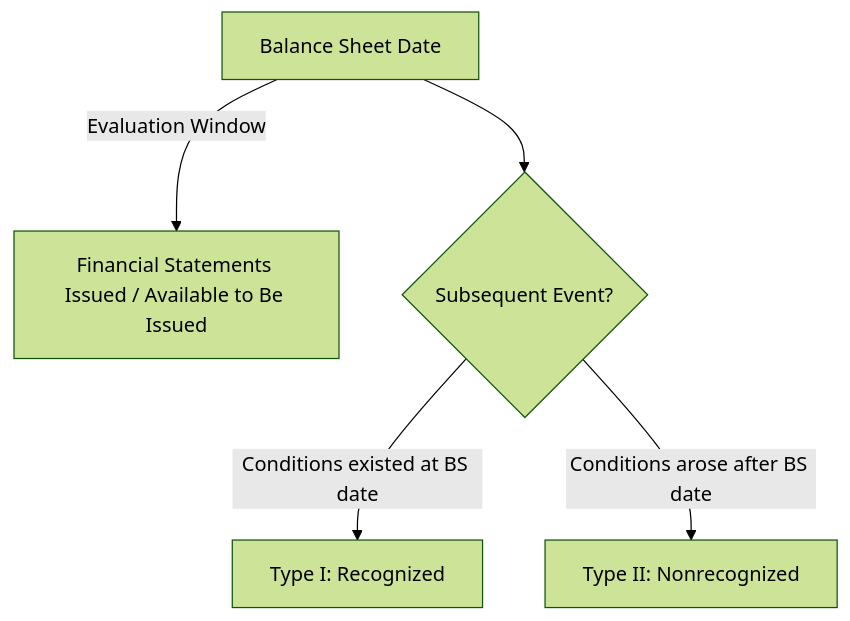
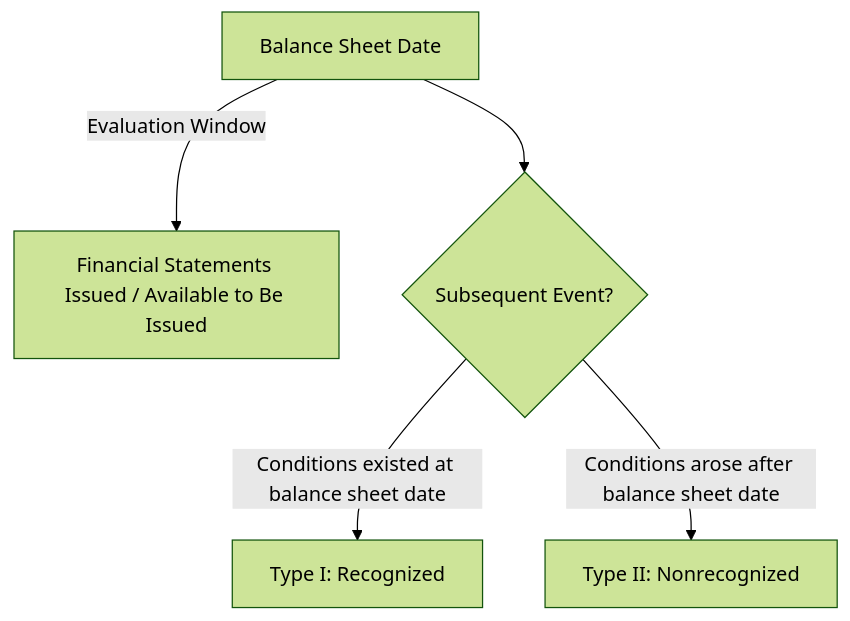
Before and after one commit to subwaymatch/cpabear-book: the diagram in docs/far/special-topics-and-transactions/subsequent-events.md, drawn with Mermaid (forest theme). The commit also changed other lines of this file and 222 other files, not shown here.

````diff
--- a/docs/far/special-topics-and-transactions/subsequent-events.md
+++ b/docs/far/special-topics-and-transactions/subsequent-events.md
@@ -7,7 +7,7 @@
 ```mermaid
 graph TD
     A[Balance Sheet Date] -->|Evaluation Window| B[Financial Statements Issued / Available to Be Issued]
     A --> C{Subsequent Event?}
-    C -->|Conditions existed at BS date| D[Type I: Recognized]
-    C -->|Conditions arose after BS date| E[Type II: Nonrecognized]
+    C -->|Conditions existed at balance sheet date| D[Type I: Recognized]
+    C -->|Conditions arose after balance sheet date| E[Type II: Nonrecognized]
 ```
````
